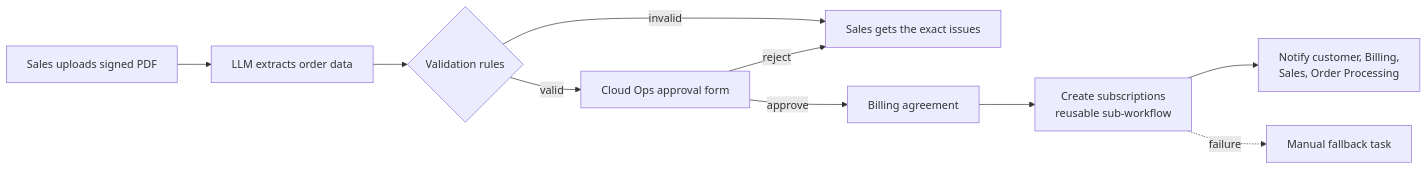
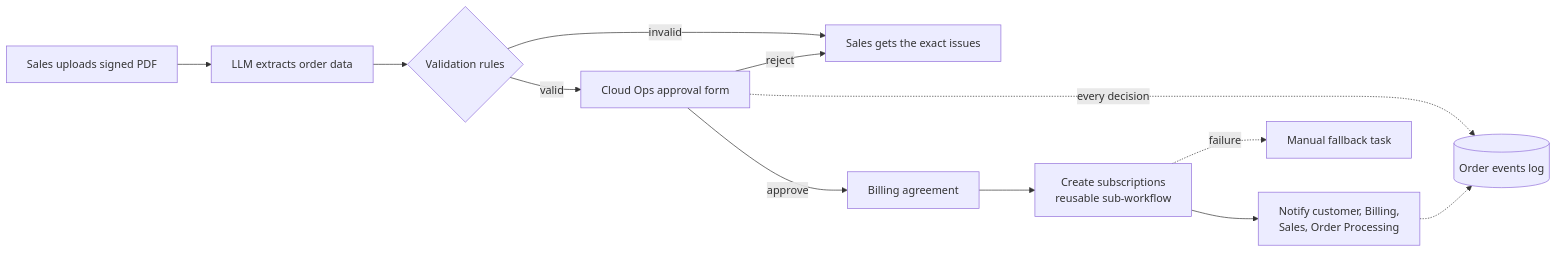
Before and after one commit to olhapalamarchuk/n8n-order-to-activation: the diagram in README.md, drawn with Mermaid. The commit also changed other lines of this file and 8 other files, not shown here.

````diff
--- a/README.md
+++ b/README.md
@@ -24,12 +24,14 @@
 ```mermaid
 flowchart LR
   A[Sales uploads signed PDF] --> B[LLM extracts order data]
   B --> C{Validation rules}
   C -- invalid --> D[Sales gets the exact issues]
   C -- valid --> E[Cloud Ops approval form]
   E -- reject --> D
   E -- approve --> F[Billing agreement]
   F --> G[Create subscriptions<br/>reusable sub-workflow]
   G --> H[Notify customer, Billing,<br/>Sales, Order Processing]
+  E -. every decision .-> L[(Order events log)]
+  H -.-> L
   G -. failure .-> I[Manual fallback task]
 ```
````
